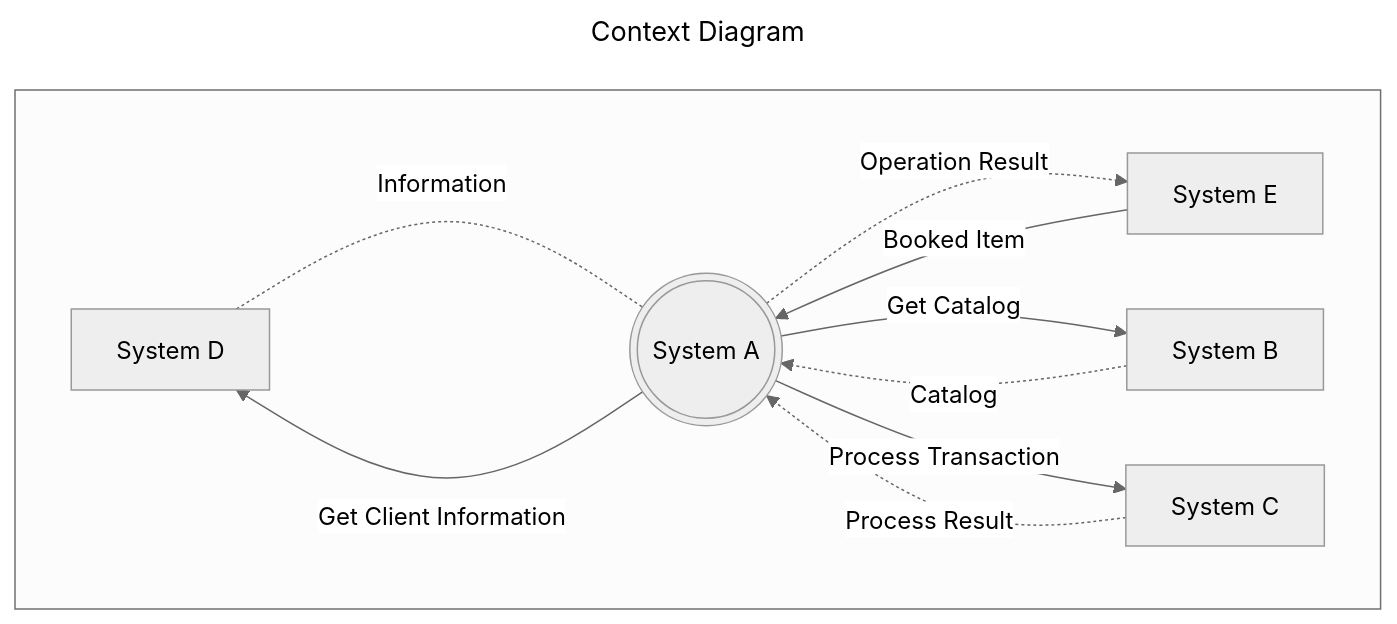
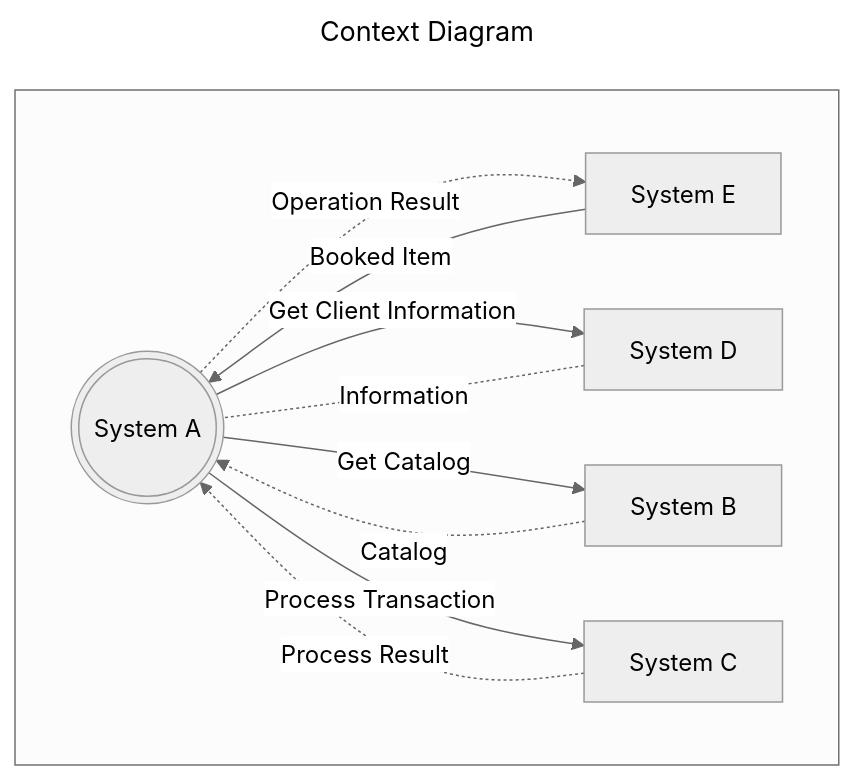
One commit to Kuziomkin/diagrams changed the third of 3 diagrams in mermaid_diagrams.md. Above: the diagram before and after it, drawn with Mermaid. The commit also changed other lines of this file, not shown here.

````diff
--- a/mermaid_diagrams.md
+++ b/mermaid_diagrams.md
@@ -42,29 +42,29 @@
 ```mermaid
 ---
 title: Context Diagram
 config:
   layout: dagre
   look: classic
   theme: neutral
 ---
     flowchart TD
         %% define components
-        D[System D]
-        E[System E]
         A(((System A)))
         B[System B]
         C[System C]
+        D[System D]
+        E[System E]
 
         subgraph " "
             %% define relationships
             E -- Booked Item --> A
             A -.Operation Result.-> E
             A --Get Client Information--> D
             D -.Information.- A
             A -- Get Catalog--> B
             B -. Catalog .-> A
             A --Process Transaction--> C
             C -.Process Result.->A
         end
 
 ```
````
